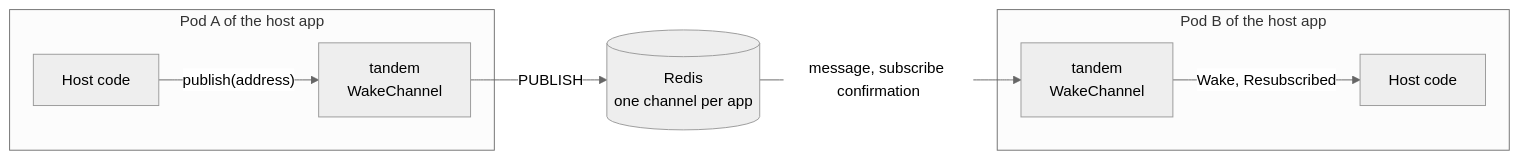
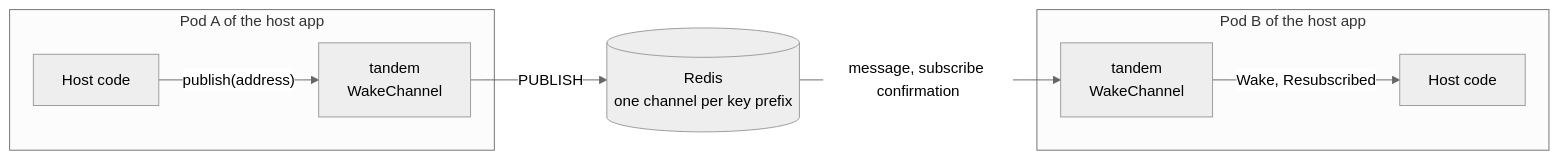
The first of 2 diagrams in docs/ARCHITECTURE.md (overnightworks/tandem), drawn with Mermaid (neutral theme) before and after one commit.

Commit message:
Draw one channel per key prefix in the architecture diagram

````diff
--- a/docs/ARCHITECTURE.md
+++ b/docs/ARCHITECTURE.md
@@ -8,11 +8,11 @@
 ```mermaid
 flowchart LR
     subgraph podA["Pod A of the host app"]
         hostA["Host code"] -- "publish(address)" --> tandemA["tandem<br/>WakeChannel"]
     end
     subgraph podB["Pod B of the host app"]
         tandemB["tandem<br/>WakeChannel"] -- "Wake, Resubscribed" --> hostB["Host code"]
     end
-    tandemA -- "PUBLISH" --> redis[("Redis<br/>one channel per app")]
+    tandemA -- "PUBLISH" --> redis[("Redis<br/>one channel per key prefix")]
     redis -- "message, subscribe confirmation" --> tandemB
 ```
````
